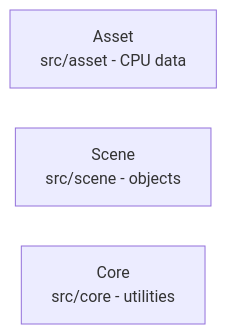
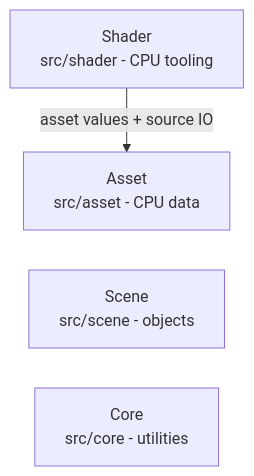
Before and after one commit to XDzZyq/Neurus: the third of 5 diagrams in docs/architecture/overview.md, drawn with Mermaid. The commit also changed 335 other files, not shown here.

First line of the commit message:
feat(render graph): Render graph: programmable pipeline (stages 1-3) (#77)

````diff
--- a/docs/architecture/overview.md
+++ b/docs/architecture/overview.md
@@ -46,9 +46,11 @@
 ```mermaid
 %%{init: {"flowchart": {"rankSpacing": 40}}}%%
 flowchart TB
         asset["Asset<br/>src/asset - CPU data"]
         scene["Scene<br/>src/scene - objects"]
         core["Core<br/>src/core - utilities"]
+        shader["Shader<br/>src/shader - CPU tooling"]
 
         asset ~~~ scene ~~~ core
+        shader -->|"asset values + source IO"| asset
 ```
````
